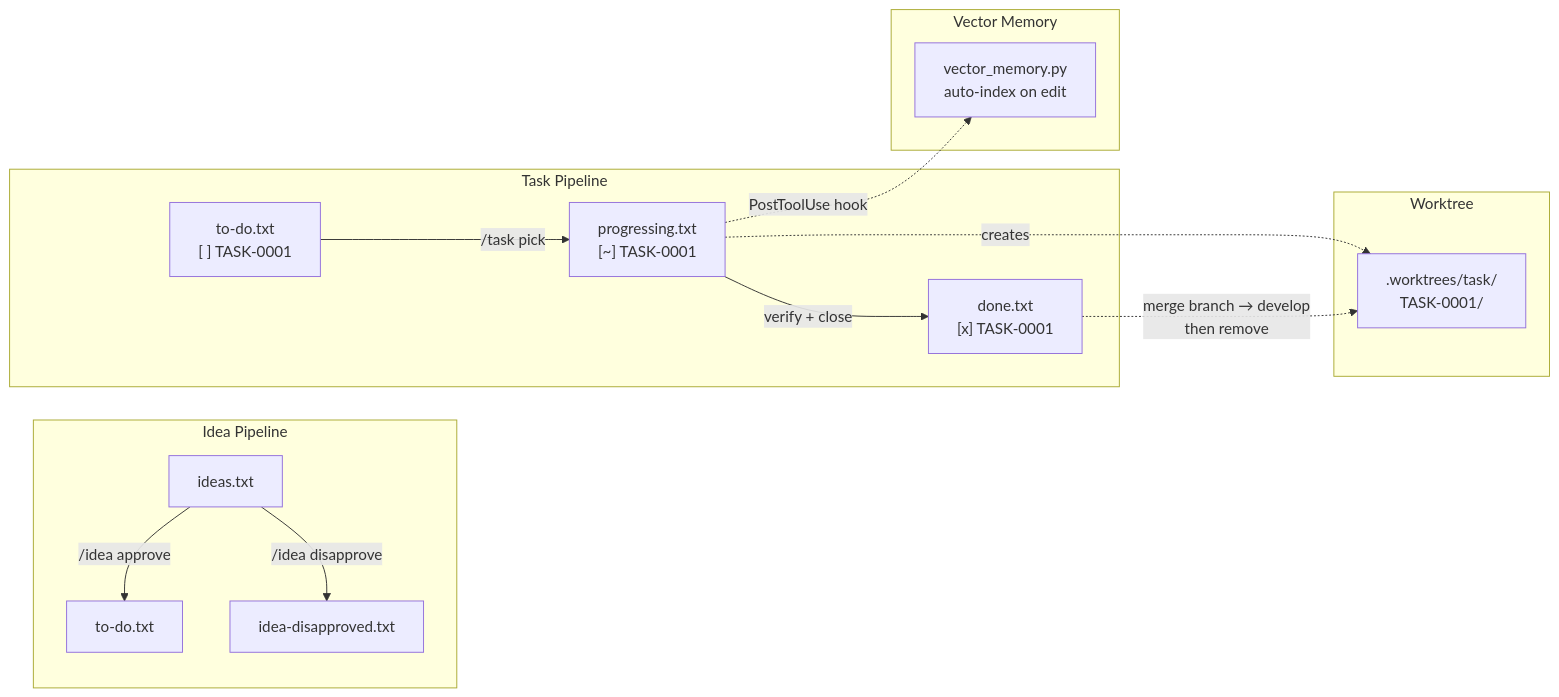
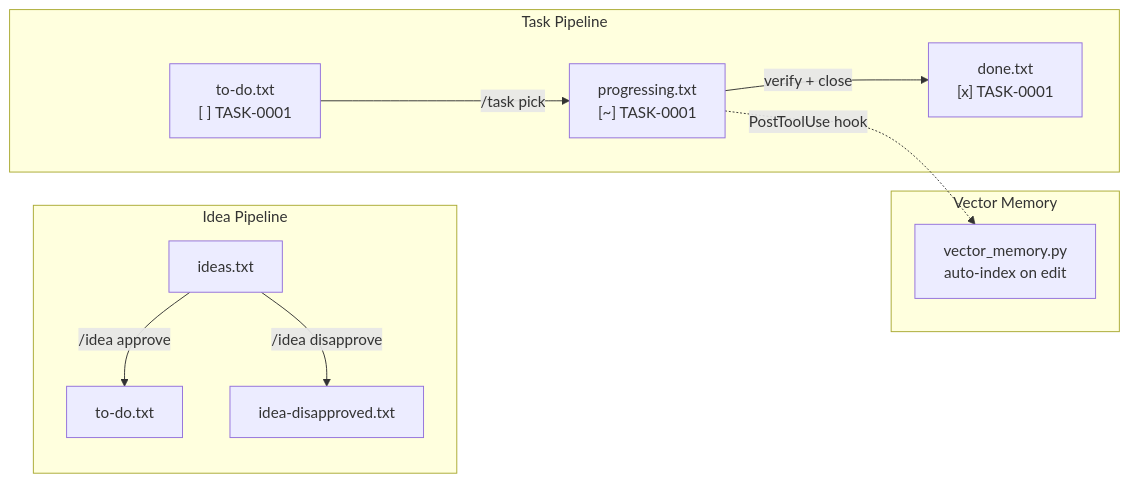
The second of 8 diagrams in docs/architecture.md (dnviti/codeclaw), drawn with Mermaid before and after one commit. The commit also changed other lines of this file and 25 other files, not shown here.

````diff
--- a/docs/architecture.md
+++ b/docs/architecture.md
@@ -333,21 +327,16 @@
 ```mermaid
 flowchart LR
     subgraph "Idea Pipeline"
         I1["ideas.txt"] -->|"/idea approve"| I2["to-do.txt"]
         I1 -->|"/idea disapprove"| I3["idea-disapproved.txt"]
     end
 
     subgraph "Task Pipeline"
         T1["to-do.txt<br>[ ] TASK-0001"] -->|"/task pick"| T2["progressing.txt<br>[~] TASK-0001"]
         T2 -->|"verify + close"| T3["done.txt<br>[x] TASK-0001"]
     end
 
-    subgraph "Worktree"
-        T2 -.->|"creates"| W[".worktrees/task/<br>TASK-0001/"]
-        T3 -.->|"merge branch → develop<br>then remove"| W
-    end
-
     subgraph "Vector Memory"
         T2 -.->|"PostToolUse hook"| VM["vector_memory.py<br>auto-index on edit"]
     end
 ```
````
